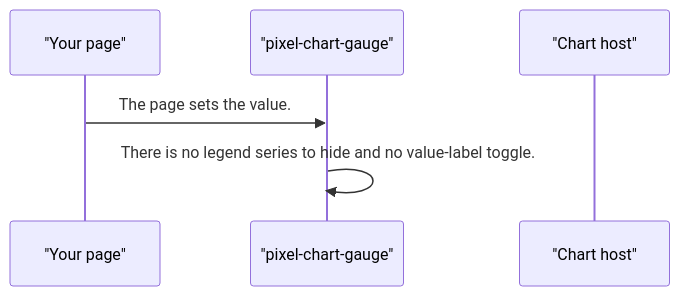
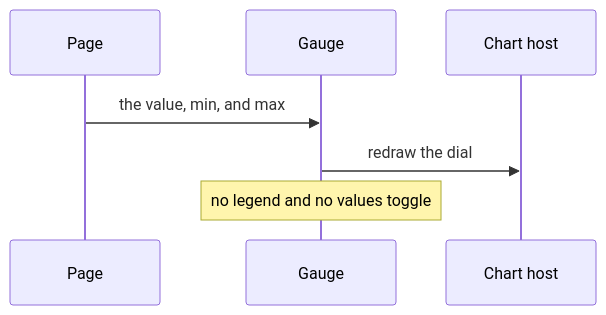
One commit to RajshekharBorate/pixel-ui changed the fifth of 5 diagrams in projects/pixel-ui/src/lib/pixel-chart-gauge/DESIGN.md. Above: the diagram before and after it, drawn with Mermaid. The commit also changed other lines of this file and 73 other files, not shown here.

Commit message:
Explain who owns each value and what each flow does in every component and service design.

````diff
--- a/projects/pixel-ui/src/lib/pixel-chart-gauge/DESIGN.md
+++ b/projects/pixel-ui/src/lib/pixel-chart-gauge/DESIGN.md
@@ -90,8 +120,9 @@
 ```mermaid
 sequenceDiagram
-  participant page as "Your page"
-  participant plot as "pixel-chart-gauge"
-  participant host as "Chart host"
-  page->>plot: The page sets the value.
-  plot->>plot: There is no legend series to hide and no value-label toggle.
+  participant Page
+  participant Plot as Gauge
+  participant Host as Chart host
+  Page->>Plot: the value, min, and max
+  Plot->>Host: redraw the dial
+  Note over Plot: no legend and no values toggle
 ```
````
